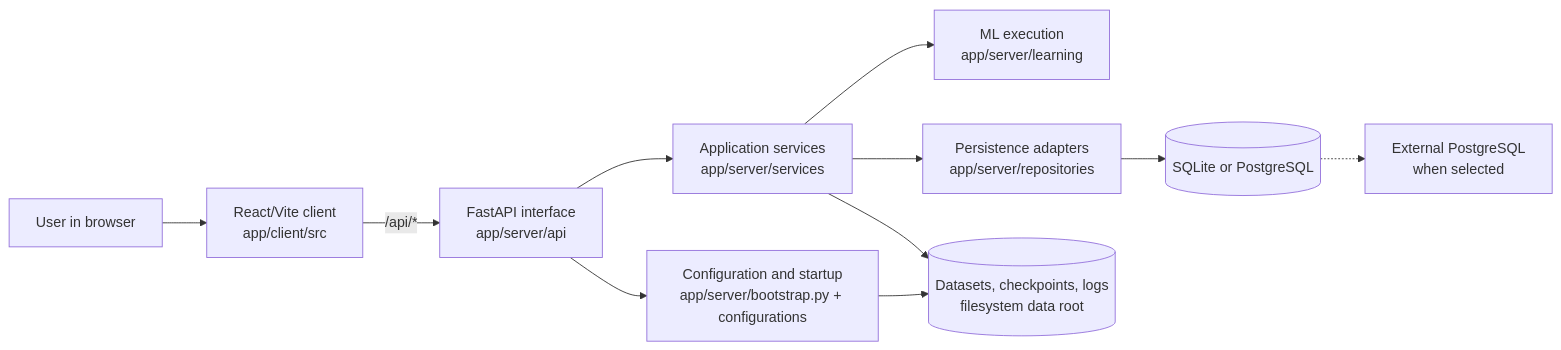
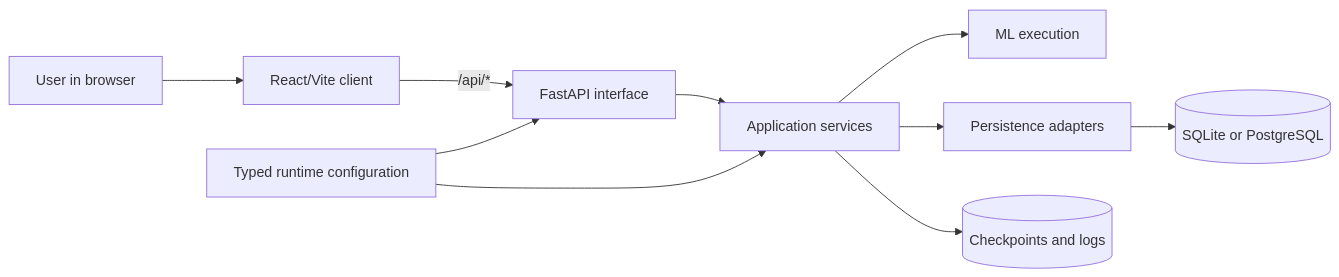
One commit to CTCycle/FAIRS-Roulette-Player changed the diagram in assets/docs/architecture/system_overview.md. Above: the diagram before and after it, drawn with Mermaid. The commit also changed other lines of this file, not shown here.

Commit message:
docs: document final canonical architecture

````diff
--- a/assets/docs/architecture/system_overview.md
+++ b/assets/docs/architecture/system_overview.md
@@ -11,24 +11,22 @@
 ```mermaid
 flowchart LR
     User[User in browser]
-    Client[React/Vite client\napp/client/src]
-    API[FastAPI interface\napp/server/api]
-    Services[Application services\napp/server/services]
-    Learning[ML execution\napp/server/learning]
-    Repos[Persistence adapters\napp/server/repositories]
+    Client[React/Vite client]
+    API[FastAPI interface]
+    Services[Application services]
+    Learning[ML execution]
+    Repos[Persistence adapters]
     DB[(SQLite or PostgreSQL)]
-    Files[(Datasets, checkpoints, logs\nfilesystem data root)]
-    Config[Configuration and startup\napp/server/bootstrap.py + configurations]
-    External[External PostgreSQL\nwhen selected]
+    Files[(Checkpoints and logs)]
+    Config[Typed runtime configuration]
 
     User --> Client
     Client -->|/api/*| API
     API --> Services
-    API --> Config
     Services --> Learning
     Services --> Repos
+    Repos --> DB
     Services --> Files
-    Repos --> DB
-    DB -.-> External
-    Config --> Files
+    Config --> API
+    Config --> Services
 ```
````
